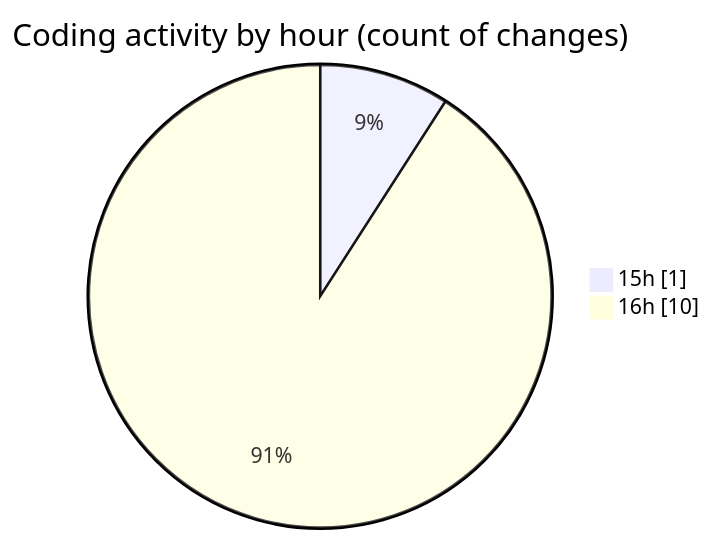
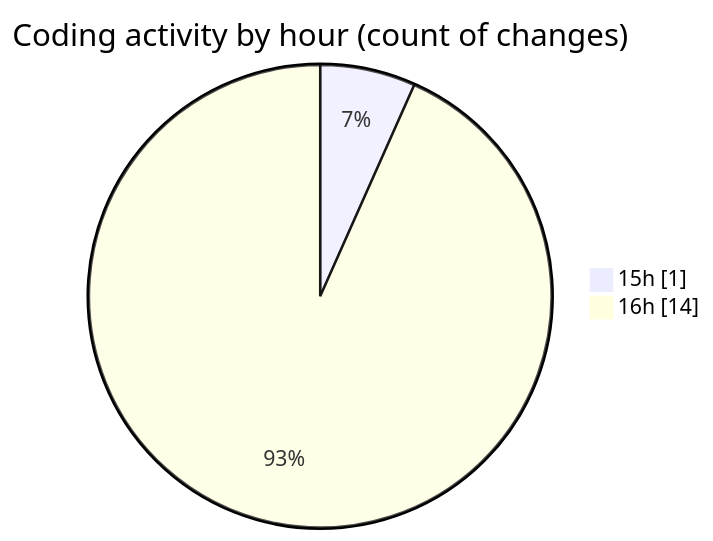
One commit to EIIisD/code-tracking changed the second of 2 diagrams in 2025-07-21/fish/README.md. Above: the diagram before and after it, drawn with Mermaid. The commit also changed other lines of this file and 1 other file, not shown here.

````diff
--- a/2025-07-21/fish/README.md
+++ b/2025-07-21/fish/README.md
@@ -31,6 +33,6 @@
 ```mermaid
 pie showData
 title Coding activity by hour (count of changes)
 "15h" : 1
-"16h" : 10
+"16h" : 14
 ```
````
